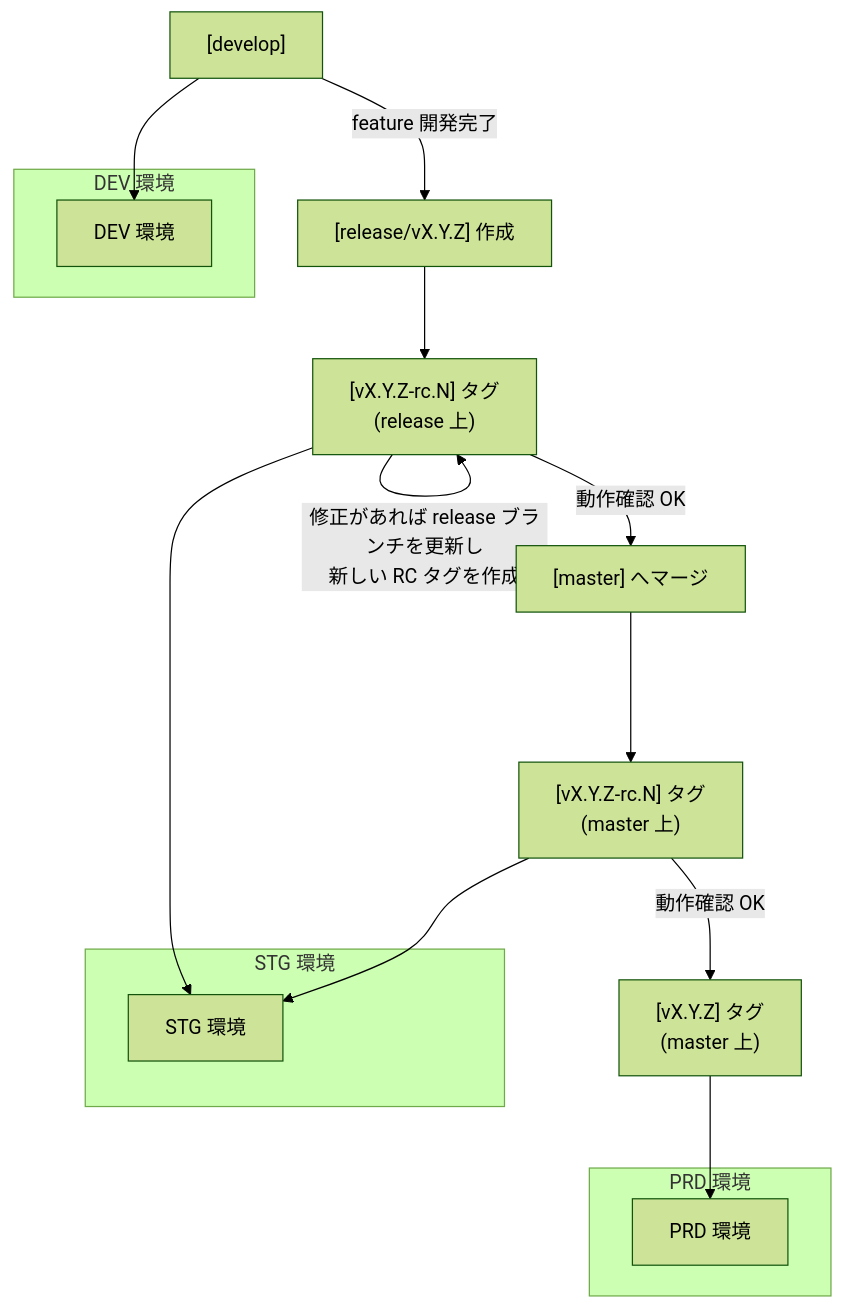
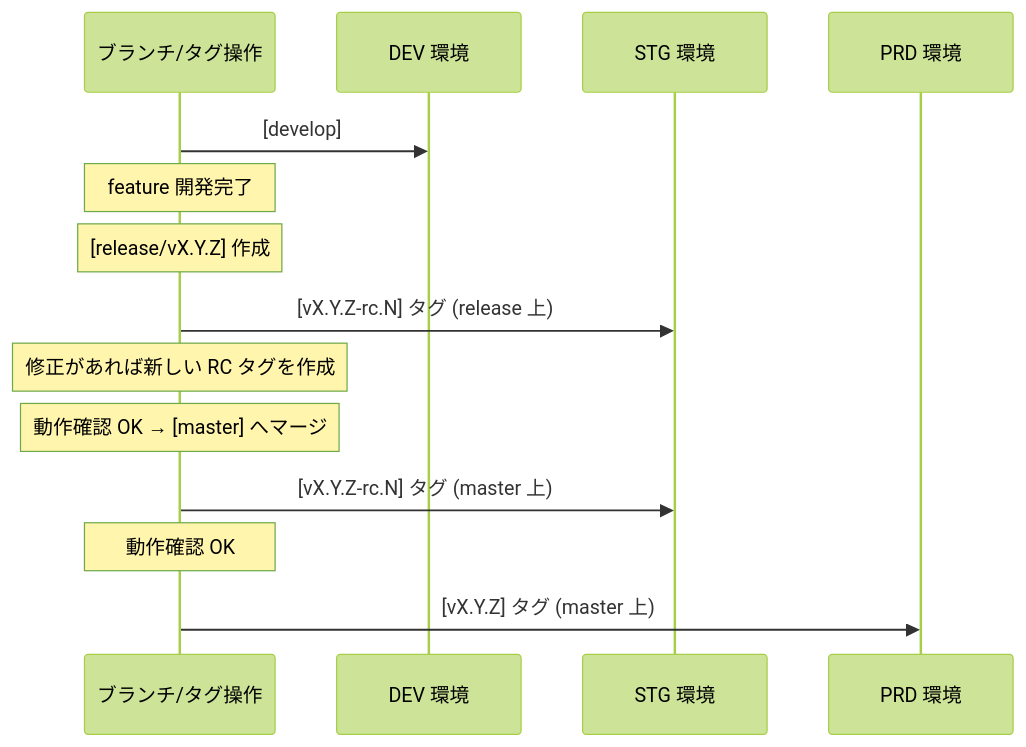
One commit to raysihto-d250311a/ops-guides-ja changed the first of 2 diagrams in docs/deployment-strategy.md. Above: the diagram before and after it, drawn with Mermaid (forest theme). The commit also changed other lines of this file, not shown here.

Commit message:
docs: use Mermaid sequence diagram for deployment flow

````diff
--- a/docs/deployment-strategy.md
+++ b/docs/deployment-strategy.md
@@ -158,25 +158,17 @@
 ```mermaid
-flowchart TB
-    subgraph DEV["DEV 環境"]
-        DEV_ENV["DEV 環境"]
-    end
+sequenceDiagram
+    participant Flow as ブランチ/タグ操作
+    participant DEV as DEV 環境
+    participant STG as STG 環境
+    participant PRD as PRD 環境
 
-    subgraph STG["STG 環境"]
-        STG_ENV["STG 環境"]
-    end
-
-    subgraph PRD["PRD 環境"]
-        PRD_ENV["PRD 環境"]
-    end
-
-    develop["[develop]"] --> DEV_ENV
-    develop -->|feature 開発完了| release["[release/vX.Y.Z] 作成"]
-    release --> rc_release["[vX.Y.Z-rc.N] タグ\n(release 上)"]
-    rc_release --> STG_ENV
-    rc_release -->|修正があれば release ブランチを更新し\n新しい RC タグを作成| rc_release
-    rc_release -->|動作確認 OK| merge_master["[master] へマージ"]
-    merge_master --> rc_master["[vX.Y.Z-rc.N] タグ\n(master 上)"]
-    rc_master --> STG_ENV
-    rc_master -->|動作確認 OK| tag_release["[vX.Y.Z] タグ\n(master 上)"]
-    tag_release --> PRD_ENV
+    Flow->>DEV: [develop]
+    Note over Flow: feature 開発完了
+    Note over Flow: [release/vX.Y.Z] 作成
+    Flow->>STG: [vX.Y.Z-rc.N] タグ (release 上)
+    Note over Flow: 修正があれば新しい RC タグを作成
+    Note over Flow: 動作確認 OK → [master] へマージ
+    Flow->>STG: [vX.Y.Z-rc.N] タグ (master 上)
+    Note over Flow: 動作確認 OK
+    Flow->>PRD: [vX.Y.Z] タグ (master 上)
 ```
````
